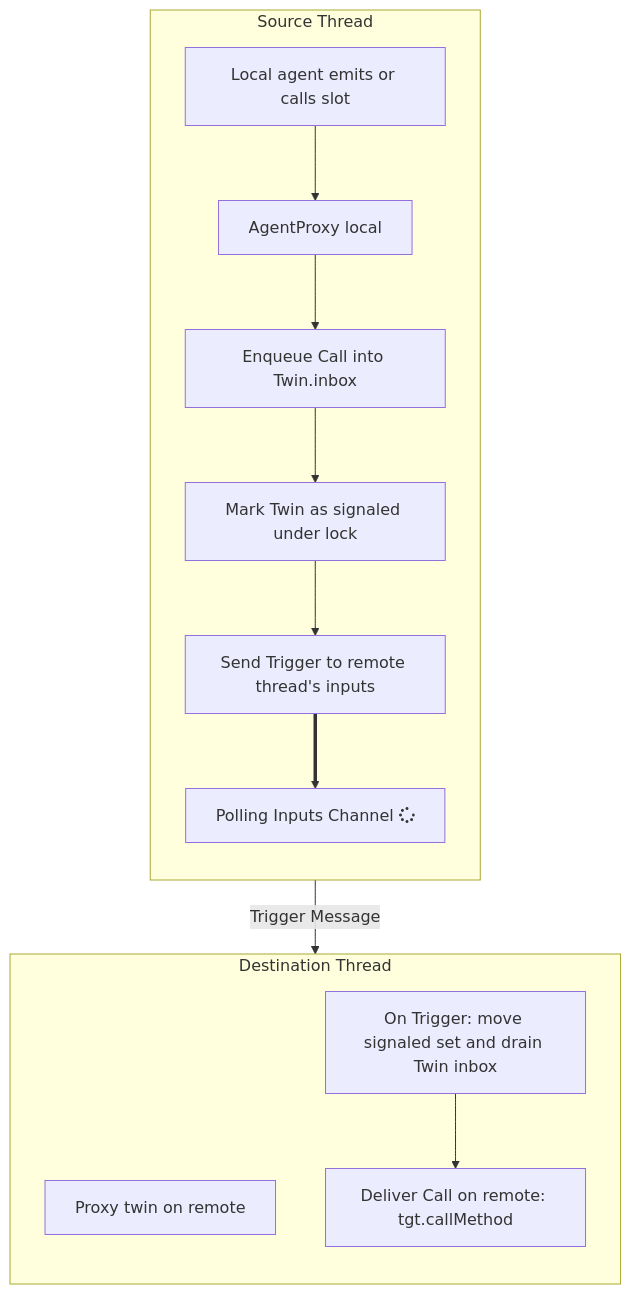
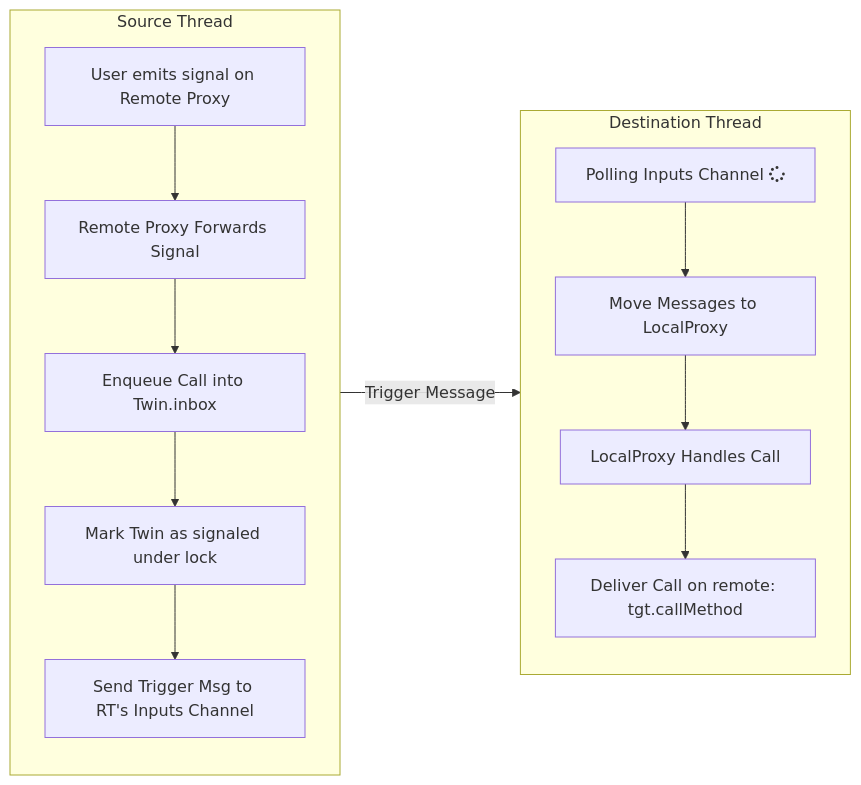
Before and after one commit to elcritch/sigils: the first of 2 diagrams in docs/threading.md, drawn with Mermaid.

Commit message:
add threading docs

````diff
--- a/docs/threading.md
+++ b/docs/threading.md
@@ -175,27 +175,21 @@
 ```mermaid
-flowchart TD
+flowchart LR
   subgraph ST[Source Thread]
-    direction TB
-    Caller[Local agent emits or calls slot];
-    LP[AgentProxy local];
+    Caller[User emits signal on Remote Proxy];
+    LP[Remote Proxy Forwards Signal];
     Enqueue[Enqueue Call into Twin.inbox];
     Mark[Mark Twin as signaled under lock];
-    Trigger[Send Trigger to remote thread's inputs];
-    Caller --> LP;
-    LP --> Enqueue;
-    Enqueue --> Mark;
-    Mark --> Trigger;
-    Trigger ==> RX;
+    Trigger[Send Trigger Msg to RT's Inputs Channel];
+    Caller --> LP --> Enqueue --> Mark --> Trigger;
   end
 
   subgraph DT[Destination Thread]
-    direction TB
-    Twin[Proxy twin on remote];
     RX[Polling Inputs Channel fa:fa-spinner];
-    Drain[On Trigger: move signaled set and drain Twin inbox];
+    Triggered[Move Messages to LocalProxy];
+    Twin[LocalProxy Handles Call];
     Deliver[Deliver Call on remote: tgt.callMethod];
-    Drain --> Deliver;
+    RX --> Triggered --> Twin --> Deliver;
   end
 
-  RX --Trigger Message--> Drain;
+  ST --Trigger Message--> DT;
 ```
````
